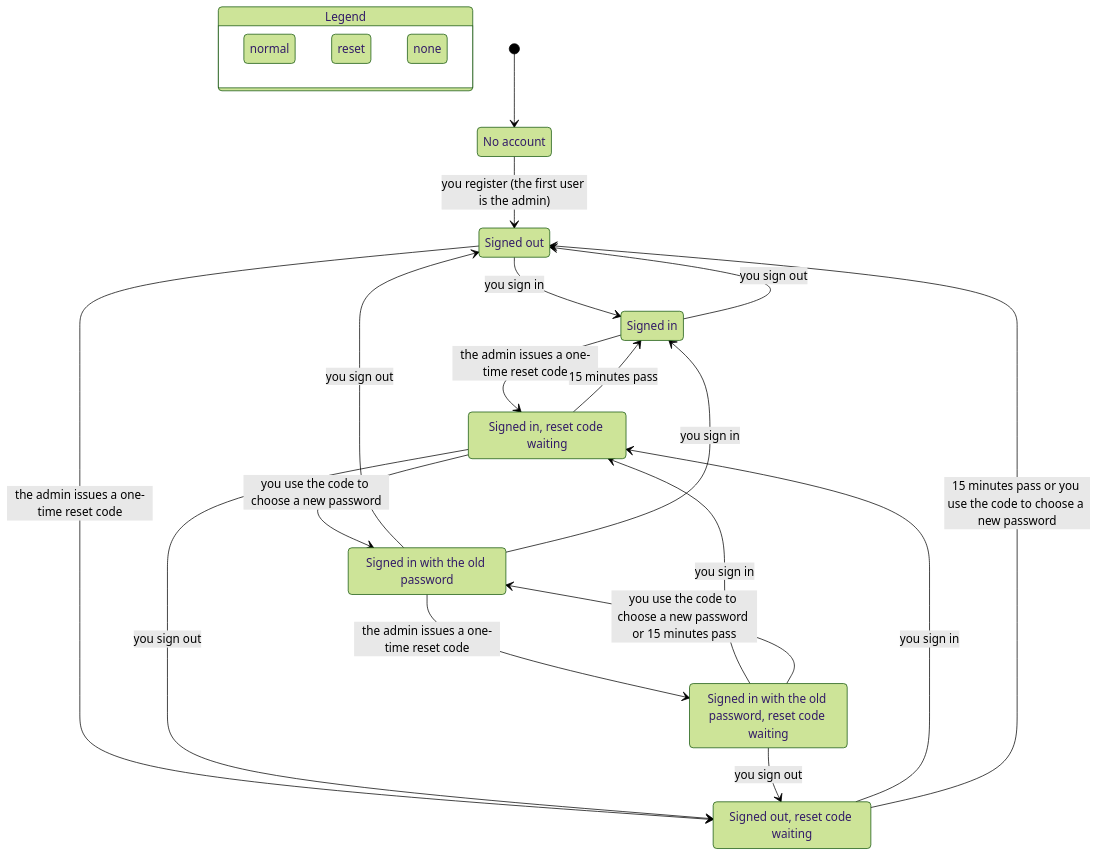
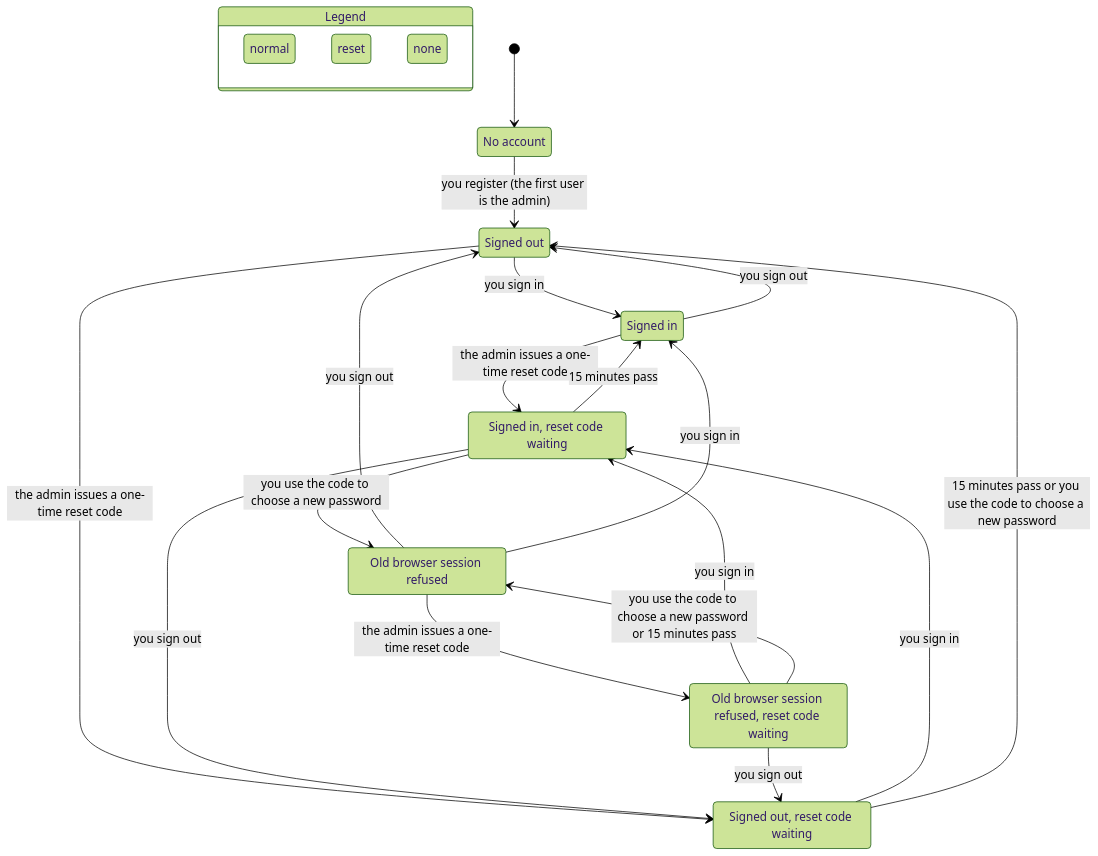
The first of 2 diagrams in docs/state-machines/identity-access.md (wehyn/tally), drawn with Mermaid (forest theme) before and after one commit. The commit also changed other lines of this file and 12 other files, not shown here.

First line of the commit message:
docs(verify): sync identity-access model, charts and doc to the reset fixes

````diff
--- a/docs/state-machines/identity-access.md
+++ b/docs/state-machines/identity-access.md
@@ -28,42 +28,42 @@
 ```mermaid
 stateDiagram-v2
   state "Legend" as legend {
     lg0: normal
     lg1: reset
     lg2: none
   }
   class lg0 teal
   class lg1 orange
   class lg2 tan
   s0: No account
   s1: Signed out
   s2: Signed in
   s3: Signed out, reset code waiting
   s4: Signed in, reset code waiting
-  s5: Signed in with the old password
-  s6: Signed in with the old password, reset code waiting
+  s5: Old browser session refused
+  s6: Old browser session refused, reset code waiting
   [*] --> s0
   s0 --> s1: you register (the first user is the admin)
   s1 --> s2: you sign in
   s1 --> s3: the admin issues a one-time reset code
   s2 --> s1: you sign out
   s2 --> s4: the admin issues a one-time reset code
   s3 --> s4: you sign in
   s3 --> s1: 15 minutes pass or you use the code to choose a new password
   s4 --> s3: you sign out
   s4 --> s2: 15 minutes pass
   s4 --> s5: you use the code to choose a new password
   s5 --> s1: you sign out
   s5 --> s2: you sign in
   s5 --> s6: the admin issues a one-time reset code
   s6 --> s3: you sign out
   s6 --> s4: you sign in
   s6 --> s5: you use the code to choose a new password or 15 minutes pass
   class s0 tan
   class s1 teal
   class s2 teal
   class s3 orange
   class s4 orange
   class s5 teal
   class s6 orange
 ```
````
